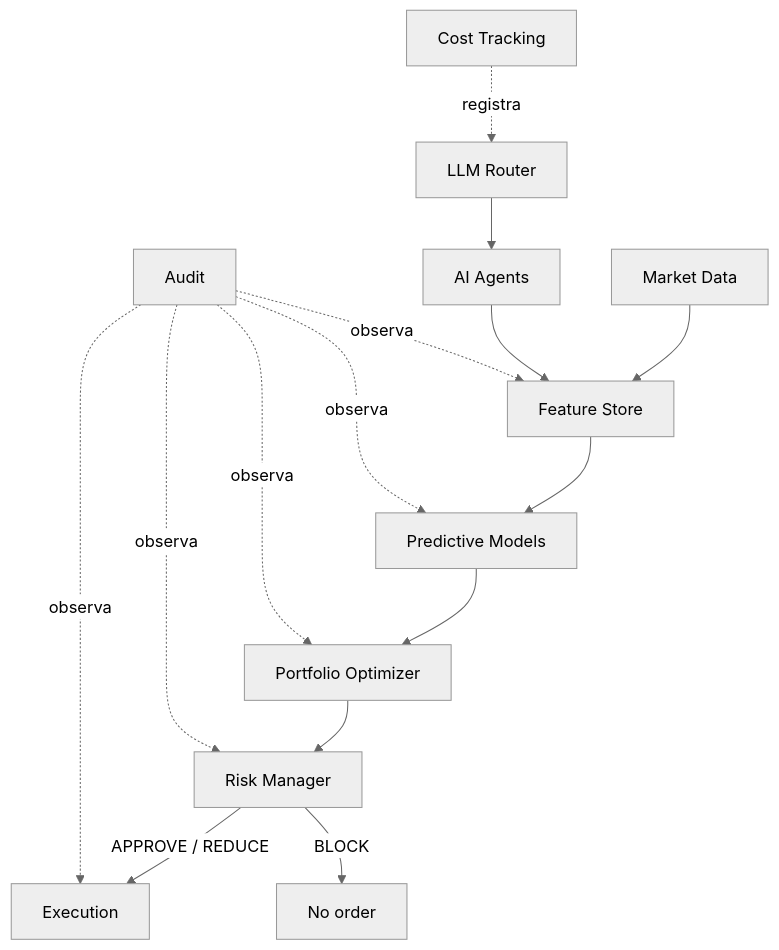
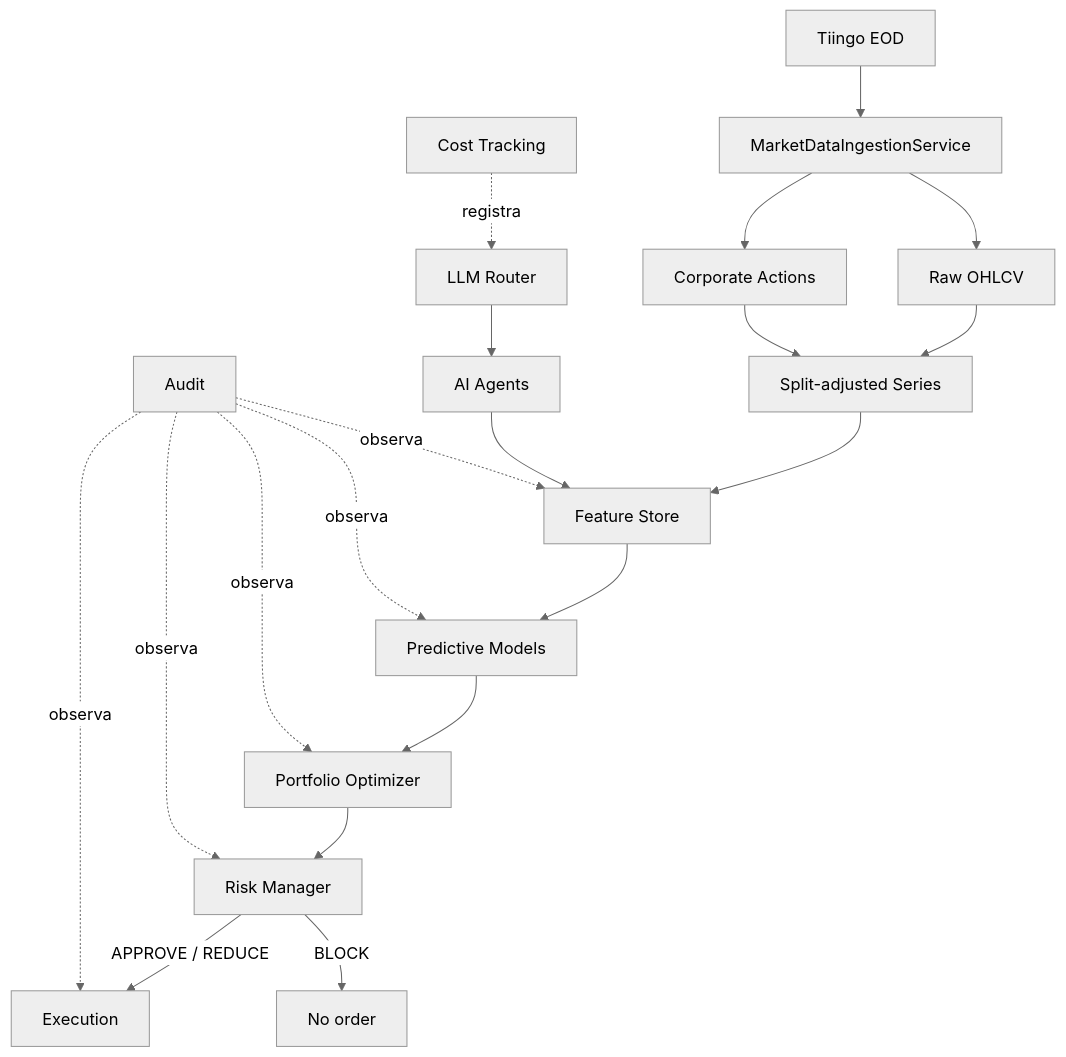
The diagram in ARCHITECTURE.md (ignaciochaconuc/modelo_inversiones), drawn with Mermaid (neutral theme) before and after one commit. The commit also changed other lines of this file and 32 other files, not shown here.

````diff
--- a/ARCHITECTURE.md
+++ b/ARCHITECTURE.md
@@ -5,17 +5,22 @@
 ```mermaid
 flowchart TD
-    MD[Market Data] --> FS[Feature Store]
+    TG[Tiingo EOD] --> IN[MarketDataIngestionService]
+    IN --> RAW[Raw OHLCV]
+    IN --> CA[Corporate Actions]
+    RAW --> SA[Split-adjusted Series]
+    CA --> SA
+    SA --> FS[Feature Store]
     AI[AI Agents] --> FS
     FS --> PM[Predictive Models]
     PM --> PO[Portfolio Optimizer]
     PO --> RM[Risk Manager]
     RM -->|APPROVE / REDUCE| EX[Execution]
     RM -->|BLOCK| STOP[No order]
     LR[LLM Router] --> AI
     CT[Cost Tracking] -. registra .-> LR
     AU[Audit] -. observa .-> FS
     AU -. observa .-> PM
     AU -. observa .-> PO
     AU -. observa .-> RM
     AU -. observa .-> EX
 ```
````
